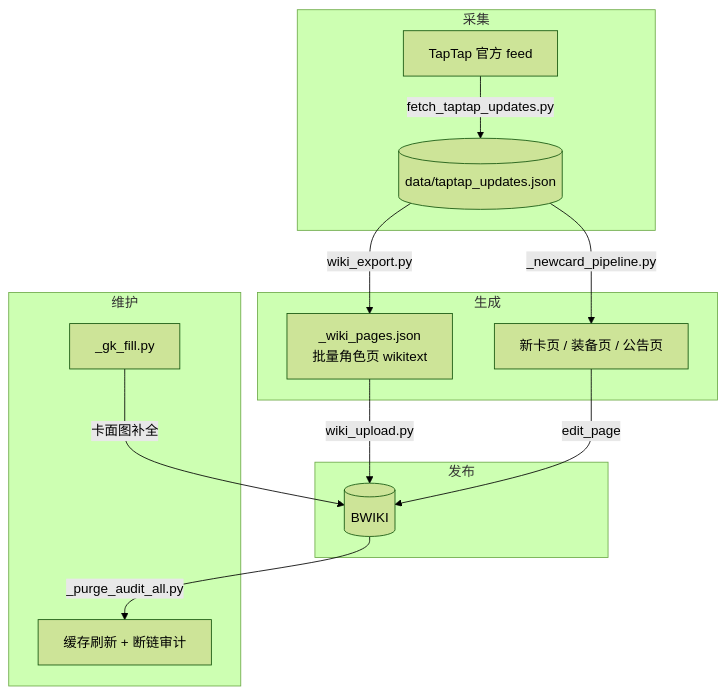
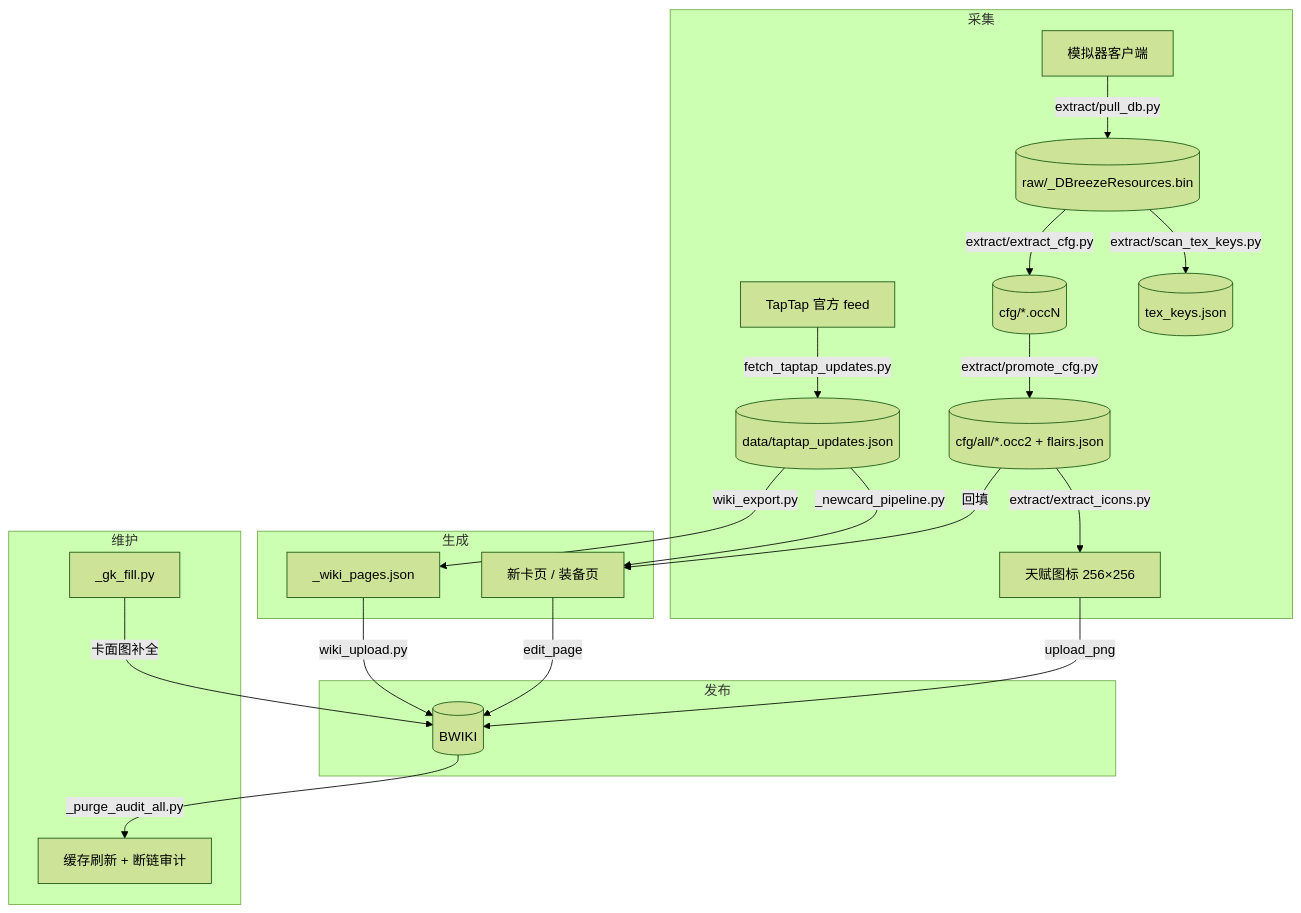
The diagram in README.md (HTBjiangnan/bfzy-wiki-workflow), drawn with Mermaid (forest theme) before and after one commit. The commit also changed other lines of this file, not shown here.

Commit message:
docs: 补齐八步更新工作流与 extract 解包链路（拉库/提表/纹理/天赋图标） · README.md

````diff
--- a/README.md
+++ b/README.md
@@ -33,18 +35,25 @@
 ```mermaid
 flowchart TB
     subgraph 采集
       A[TapTap 官方 feed] -->|fetch_taptap_updates.py| B[(data/taptap_updates.json)]
+      M[模拟器客户端] -->|extract/pull_db.py| N[(raw/_DBreezeResources.bin)]
+      N -->|extract/extract_cfg.py| O[(cfg/*.occN)]
+      O -->|extract/promote_cfg.py| P[(cfg/all/*.occ2 + flairs.json)]
+      N -->|extract/scan_tex_keys.py| Q[(tex_keys.json)]
+      P -->|extract/extract_icons.py| R[天赋图标 256×256]
     end
     subgraph 生成
-      B -->|wiki_export.py| C[_wiki_pages.json<br/>批量角色页 wikitext]
-      B -->|_newcard_pipeline.py| D[新卡页 / 装备页 / 公告页]
+      B -->|wiki_export.py| C[_wiki_pages.json]
+      B -->|_newcard_pipeline.py| D[新卡页 / 装备页]
+      P -->|回填| D
     end
     subgraph 发布
       C -->|wiki_upload.py| E[(BWIKI)]
       D -->|edit_page| E
+      R -->|upload_png| E
     end
     subgraph 维护
       E -->|_purge_audit_all.py| F[缓存刷新 + 断链审计]
       G[_gk_fill.py] -->|卡面图补全| E
     end
 ```
````
